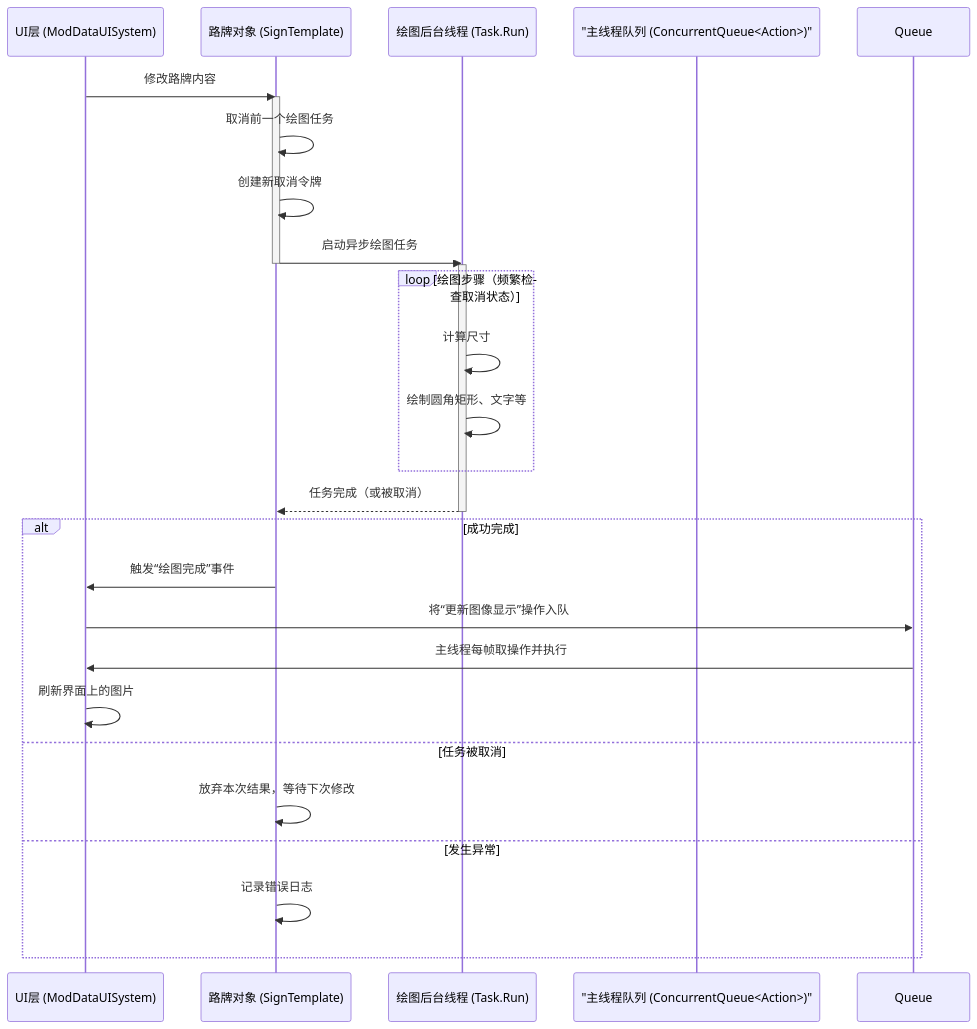
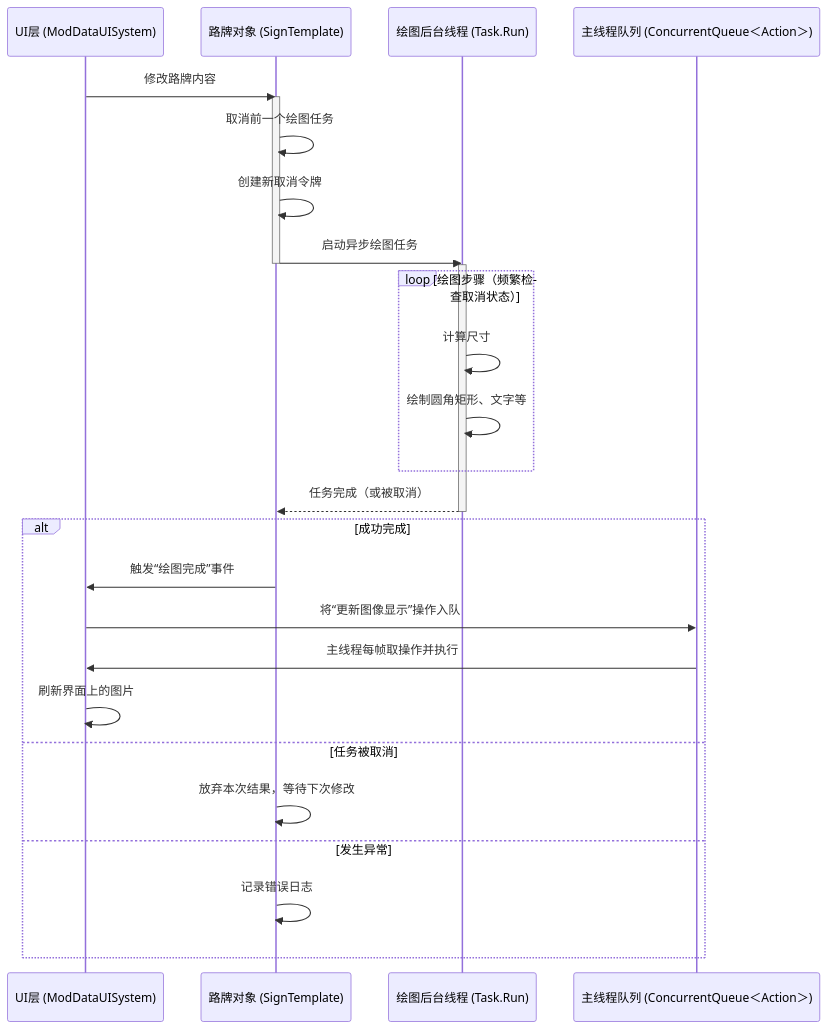
Before and after one commit to 67-99/67-99.github.io: the second of 2 diagrams in project/sign-generator/content/develop.md, drawn with Mermaid.

Commit message:
fix(sign-generater): Fix generics text in mermaid

````diff
--- a/project/sign-generator/content/develop.md
+++ b/project/sign-generator/content/develop.md
@@ -110,30 +110,30 @@
 ```mermaid
 sequenceDiagram
 participant UI as UI层 (ModDataUISystem)
 participant Sign as 路牌对象 (SignTemplate)
 participant Task as 绘图后台线程 (Task.Run)
-participant MainThread as "主线程队列 (ConcurrentQueue<Action>)"
+participant MainThread as 主线程队列 (ConcurrentQueue＜Action＞)
 UI->>Sign: 修改路牌内容
 activate Sign
 Sign->>Sign: 取消前一个绘图任务
 Sign->>Sign: 创建新取消令牌
 Sign->>Task: 启动异步绘图任务
 deactivate Sign
 activate Task
 loop 绘图步骤（频繁检查取消状态）
     Task->>Task: 计算尺寸
     Task->>Task: 绘制圆角矩形、文字等
 end
 Task-->>Sign: 任务完成（或被取消）
 deactivate Task
 alt 成功完成
     Sign->>UI: 触发“绘图完成”事件
-    UI->>Queue: 将“更新图像显示”操作入队
-    Queue->>UI: 主线程每帧取操作并执行
+    UI->>MainThread: 将“更新图像显示”操作入队
+    MainThread->>UI: 主线程每帧取操作并执行
     UI->>UI: 刷新界面上的图片
 else 任务被取消
     Sign->>Sign: 放弃本次结果，等待下次修改
 else 发生异常
     Sign->>Sign: 记录错误日志;
 end
 ```
````
